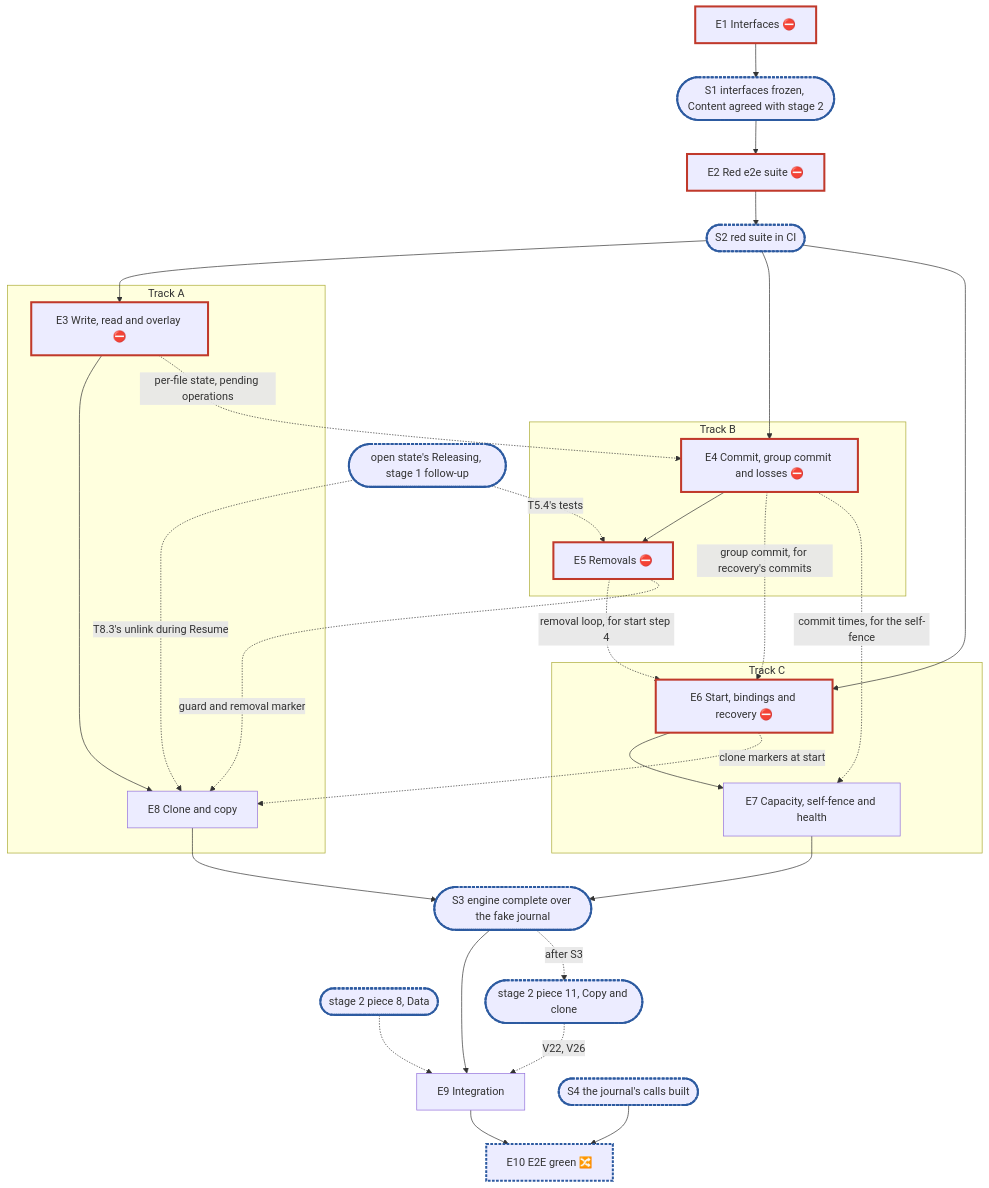
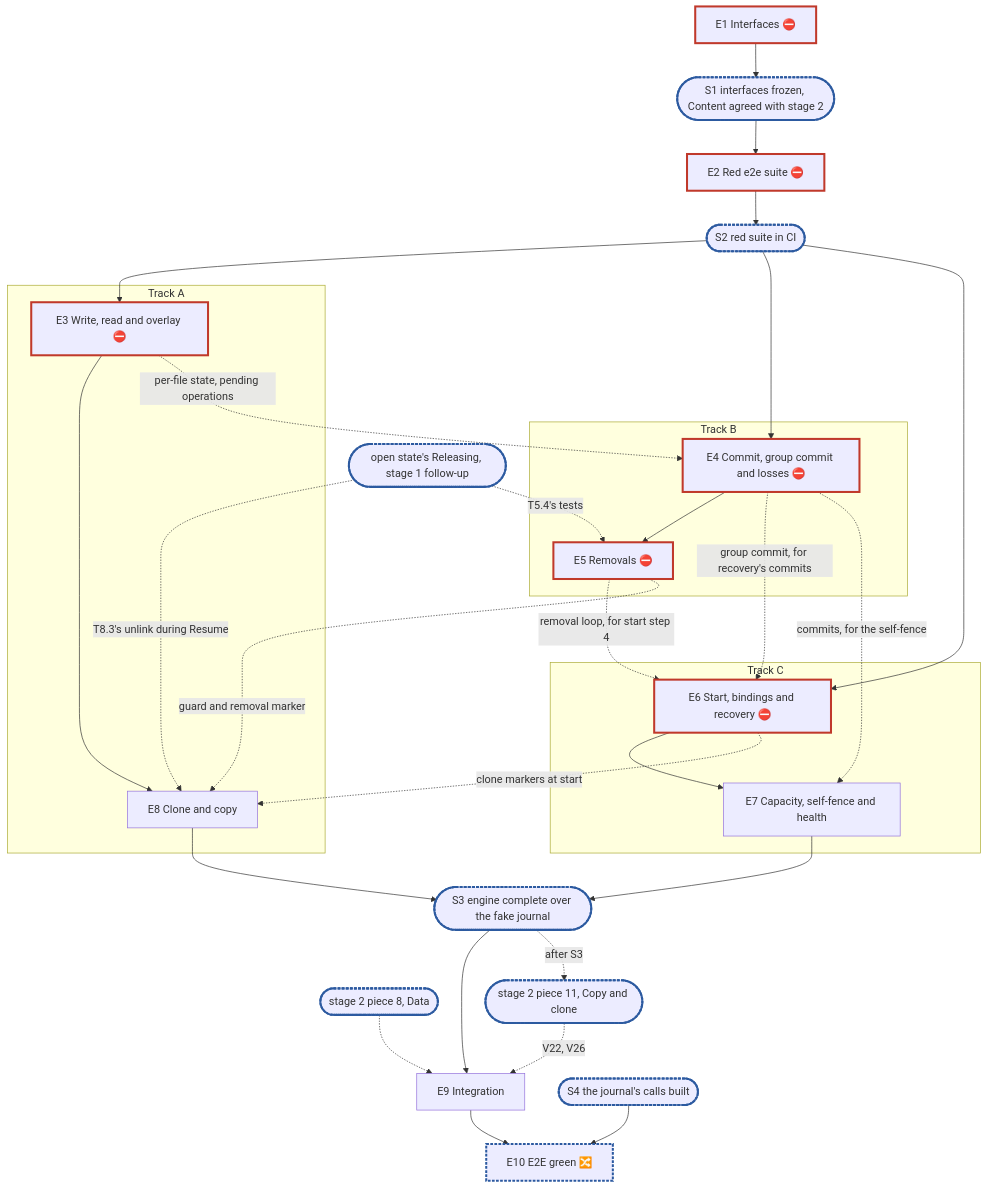
Before and after one commit to marmos91/dittofs: the diagram in docs/internals/planning/rfc-8-journal-only-engine-plan.md, drawn with Mermaid.

Commit message:
docs(planning): say epic 4 hands commits, not times, to the fence
The graph had epic 4 hand commit times to epic 7.
The fence reads its own clock and only counts the commits.
Name what epic 4 really gives.

````diff
--- a/docs/internals/planning/rfc-8-journal-only-engine-plan.md
+++ b/docs/internals/planning/rfc-8-journal-only-engine-plan.md
@@ -401,31 +401,31 @@
 ```mermaid
 flowchart TD
   E1["E1 Interfaces ⛔"]:::blocker --> S1(["S1 interfaces frozen, Content agreed with stage 2"]):::sync
   S1 --> E2["E2 Red e2e suite ⛔"]:::blocker --> S2(["S2 red suite in CI"]):::sync
   subgraph A["Track A"]
     E3["E3 Write, read and overlay ⛔"]:::blocker --> E8["E8 Clone and copy"]
   end
   subgraph B["Track B"]
     E4["E4 Commit, group commit and losses ⛔"]:::blocker --> E5["E5 Removals ⛔"]:::blocker
   end
   subgraph C["Track C"]
     E6["E6 Start, bindings and recovery ⛔"]:::blocker --> E7["E7 Capacity, self-fence and health"]
   end
   S2 --> E3 & E4 & E6
   E3 -. "per-file state, pending operations" .-> E4
   E4 -. "group commit, for recovery's commits" .-> E6
   E5 -. "removal loop, for start step 4" .-> E6
-  E4 -. "commit times, for the self-fence" .-> E7
+  E4 -. "commits, for the self-fence" .-> E7
   E5 -. "guard and removal marker" .-> E8
   E6 -. "clone markers at start" .-> E8
   E7 & E8 --> S3(["S3 engine complete over the fake journal"]):::sync
   S3 --> E9["E9 Integration"]
   X(["stage 2 piece 8, Data"]):::sync -.-> E9
   S3 -. "after S3" .-> P11(["stage 2 piece 11, Copy and clone"]):::sync -. "V22, V26" .-> E9
   R(["open state's Releasing, stage 1 follow-up"]):::sync -. "T5.4's tests" .-> E5
   R -. "T8.3's unlink during Resume" .-> E8
   E9 --> E10["E10 E2E green 🔀"]:::sync
   S4(["S4 the journal's calls built"]):::sync --> E10
   classDef blocker stroke:#c0392b,stroke-width:3px
   classDef sync stroke:#2c5aa0,stroke-width:3px,stroke-dasharray:4 2
 ```
````
